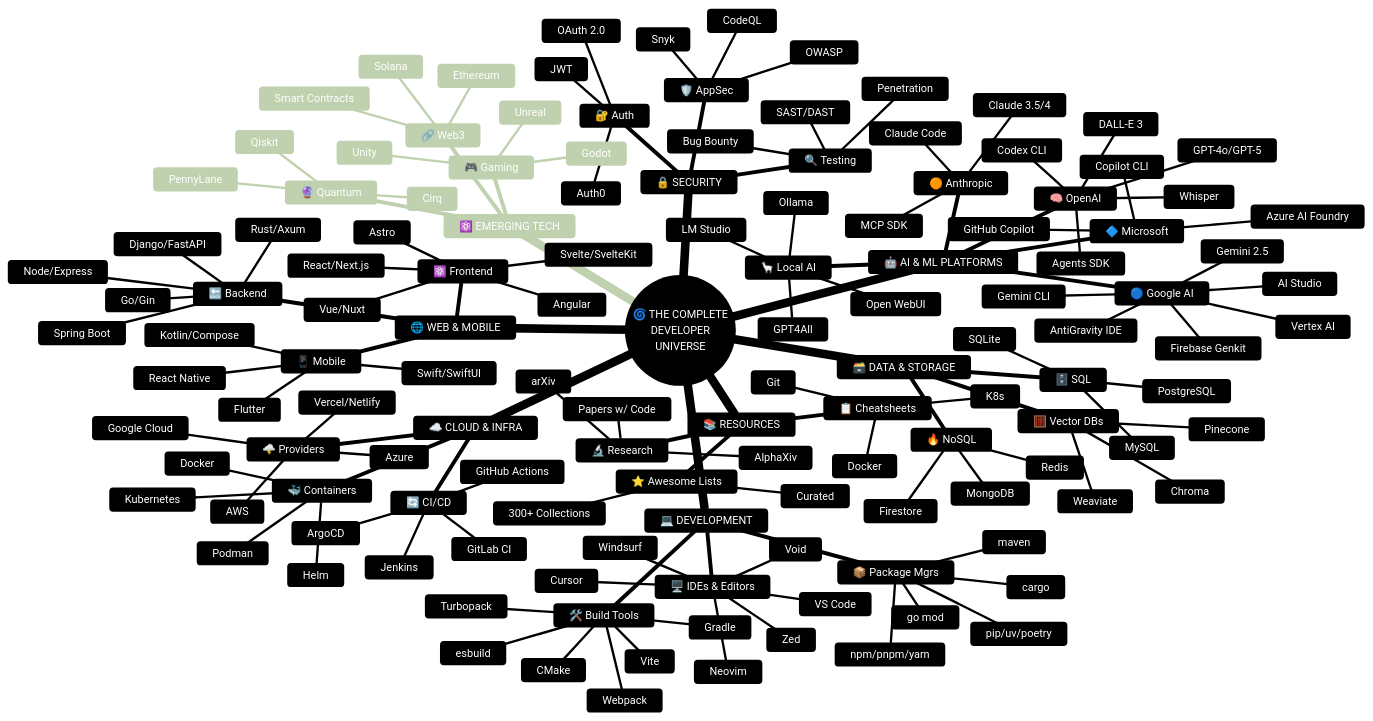
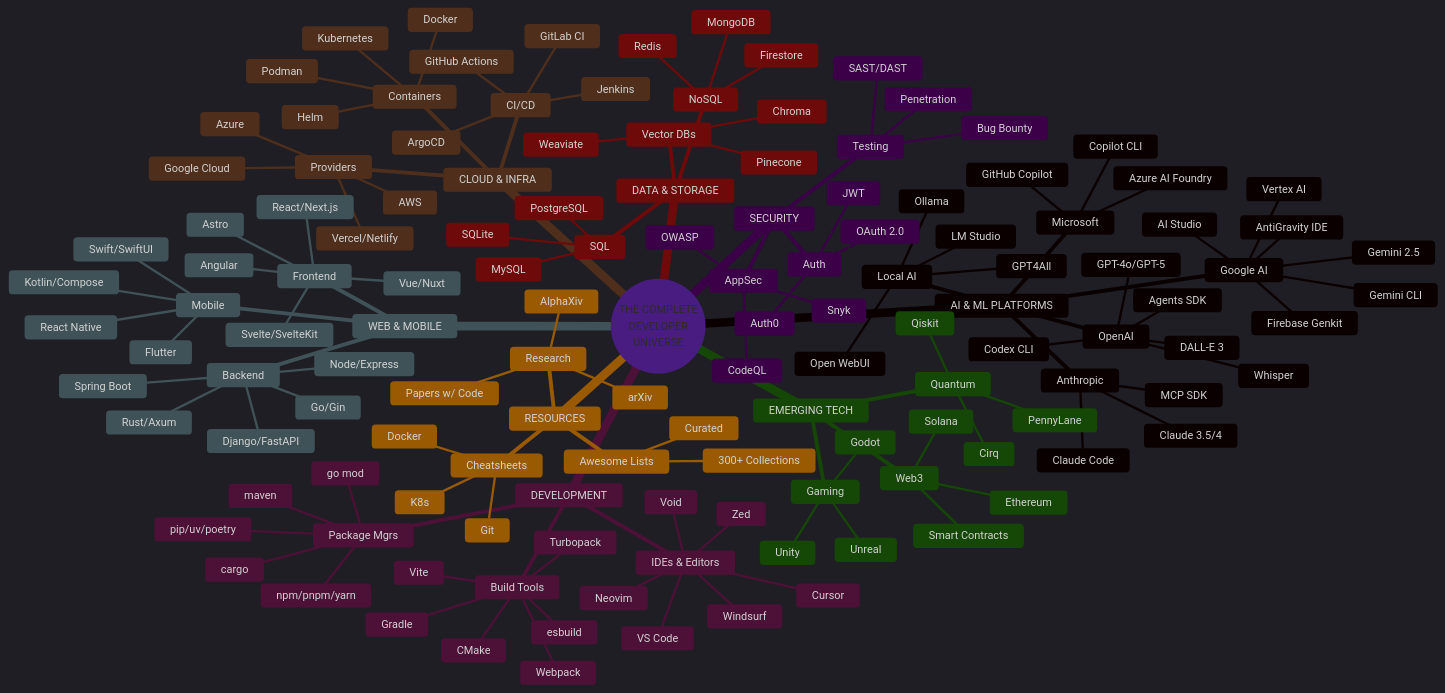
Before and after one commit to SpiralCloudOmega/DevTeam6: the second of 9 diagrams in README.md, drawn with Mermaid. The commit also changed other lines of this file, not shown here.

Commit message:
Add dark cyberpunk theme colors and improve text readability in mermaid diagrams

````diff
--- a/README.md
+++ b/README.md
@@ -117,137 +117,137 @@
 ```mermaid
-%%{init: {'theme': 'base', 'themeVariables': { 'primaryColor': '#1a1a2e', 'primaryTextColor': '#ffffff', 'primaryBorderColor': '#c0c0c0', 'lineColor': '#c0c0c0', 'secondaryColor': '#2d2d44', 'tertiaryColor': '#16213e', 'background': '#0d1117', 'fontSize': '14px', 'fontFamily': 'Arial'}}}%%
+%%{init: {'theme': 'dark', 'themeVariables': { 'primaryColor': '#0a0a1a', 'primaryTextColor': '#00f0ff', 'primaryBorderColor': '#ff00ff', 'lineColor': '#ff00ff', 'secondaryColor': '#1a0a2e', 'tertiaryColor': '#0d0d1a', 'background': '#0a0a0f', 'fontSize': '14px', 'fontFamily': 'JetBrains Mono, Arial, sans-serif'}}}%%
 mindmap
-  root((🌀 THE COMPLETE<br/>DEVELOPER<br/>UNIVERSE))
-    🤖 AI & ML PLATFORMS
-      🧠 OpenAI
+  root((THE COMPLETE<br/>DEVELOPER<br/>UNIVERSE))
+    AI & ML PLATFORMS
+      OpenAI
         GPT-4o/GPT-5
         Whisper
         DALL-E 3
         Codex CLI
         Agents SDK
-      🔵 Google AI
+      Google AI
         Gemini 2.5
         Gemini CLI
         Vertex AI
         AI Studio
         AntiGravity IDE
         Firebase Genkit
-      🟠 Anthropic
+      Anthropic
         Claude 3.5/4
         Claude Code
         MCP SDK
-      🔷 Microsoft
+      Microsoft
         Azure AI Foundry
         GitHub Copilot
         Copilot CLI
-      🦙 Local AI
+      Local AI
         Ollama
         Open WebUI
         LM Studio
         GPT4All
-    💻 DEVELOPMENT
-      🖥️ IDEs & Editors
+    DEVELOPMENT
+      IDEs & Editors
         VS Code
         Cursor
         Zed
         Windsurf
         Neovim
         Void
-      🛠️ Build Tools
+      Build Tools
         Vite
         Webpack
         esbuild
         Turbopack
         Gradle
         CMake
-      📦 Package Mgrs
+      Package Mgrs
         npm/pnpm/yarn
         pip/uv/poetry
         cargo
         maven
         go mod
-    🌐 WEB & MOBILE
-      ⚛️ Frontend
+    WEB & MOBILE
+      Frontend
         React/Next.js
         Vue/Nuxt
         Angular
         Svelte/SvelteKit
         Astro
-      🔙 Backend
+      Backend
         Node/Express
         Django/FastAPI
         Spring Boot
         Go/Gin
         Rust/Axum
-      📱 Mobile
+      Mobile
         React Native
         Flutter
         Swift/SwiftUI
         Kotlin/Compose
-    ☁️ CLOUD & INFRA
-      🌩️ Providers
+    CLOUD & INFRA
+      Providers
         AWS
         Google Cloud
         Azure
         Vercel/Netlify
-      🐳 Containers
+      Containers
         Docker
         Kubernetes
         Podman
         Helm
-      🔄 CI/CD
+      CI/CD
         GitHub Actions
         Jenkins
         ArgoCD
         GitLab CI
-    🗃️ DATA & STORAGE
-      🗄️ SQL
+    DATA & STORAGE
+      SQL
         PostgreSQL
         MySQL
         SQLite
-      🔥 NoSQL
+      NoSQL
         Firestore
         MongoDB
         Redis
-      🧮 Vector DBs
+      Vector DBs
         Pinecone
         Weaviate
         Chroma
-    🔒 SECURITY
-      🛡️ AppSec
+    SECURITY
+      AppSec
         OWASP
         Snyk
         CodeQL
-      🔐 Auth
+      Auth
         OAuth 2.0
         JWT
         Auth0
-      🔍 Testing
+      Testing
         Penetration
         SAST/DAST
         Bug Bounty
-    📚 RESOURCES
-      ⭐ Awesome Lists
+    RESOURCES
+      Awesome Lists
         300+ Collections
         Curated
-      📋 Cheatsheets
+      Cheatsheets
         Git
         Docker
         K8s
-      🔬 Research
+      Research
         arXiv
         Papers w/ Code
         AlphaXiv
-    ⚛️ EMERGING TECH
-      🔮 Quantum
+    EMERGING TECH
+      Quantum
         Qiskit
         Cirq
         PennyLane
-      🔗 Web3
+      Web3
         Ethereum
         Solana
         Smart Contracts
-      🎮 Gaming
+      Gaming
         Unity
         Unreal
         Godot
````
